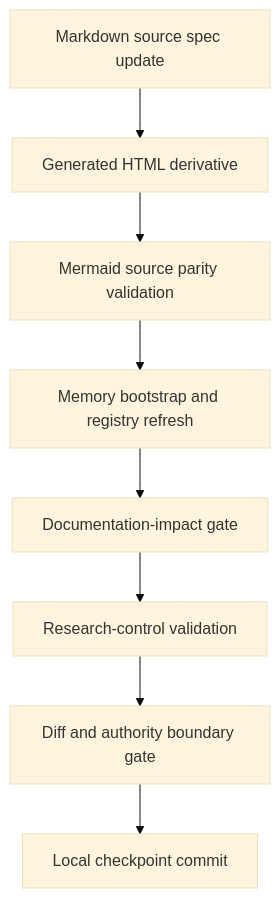
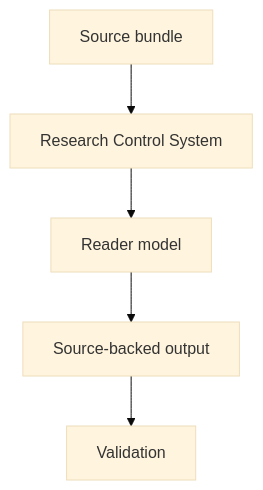
The diagram in github-facing/research-control-system-explainer.md (AngryOwlAI/The-AEther-Flow), drawn with Mermaid (base theme) before and after one commit. The commit also changed other lines of this file and 197 other files, not shown here.

````diff
--- a/github-facing/research-control-system-explainer.md
+++ b/github-facing/research-control-system-explainer.md
@@ -42,10 +16,7 @@
 ```mermaid
 flowchart TD
-  Spec["Markdown source spec update"] --> Html["Generated HTML derivative"]
-  Html --> Mermaid["Mermaid source parity validation"]
-  Mermaid --> Bootstrap["Memory bootstrap and registry refresh"]
-  Bootstrap --> DocsImpact["Documentation-impact gate"]
-  DocsImpact --> ResearchControl["Research-control validation"]
-  ResearchControl --> DiffGate["Diff and authority boundary gate"]
-  DiffGate --> Checkpoint["Local checkpoint commit"]
+  A["Source bundle"] --> B["Research Control System"]
+  B["Research Control System"] --> C["Reader model"]
+  C["Reader model"] --> D["Source-backed output"]
+  D["Source-backed output"] --> E["Validation"]
 ```
````
